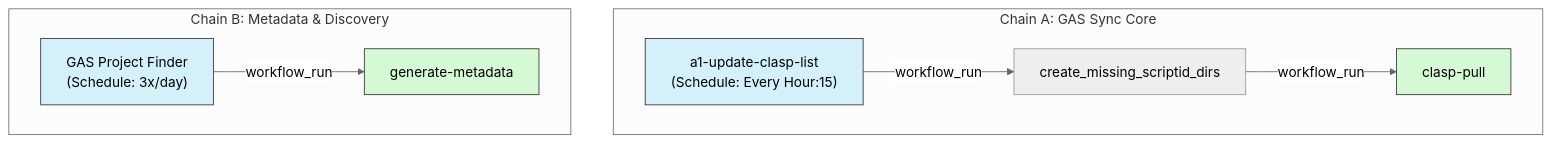
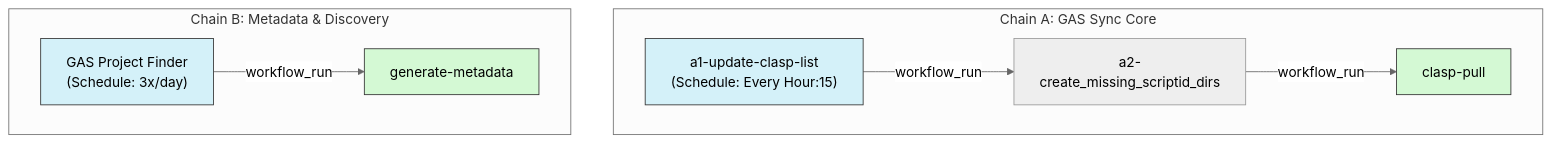
The diagram in .github/workflows/AGENTS.md (TakashiSasaki/gas.moukaeritai.work), drawn with Mermaid (neutral theme) before and after one commit. The commit also changed other lines of this file and 2 other files, not shown here.

First line of the commit message:
refactor: rename create_missing_scriptid_dirs.yml to a2-create_missing_scriptid_dirs.yml

````diff
--- a/.github/workflows/AGENTS.md
+++ b/.github/workflows/AGENTS.md
@@ -58,16 +58,16 @@
 ```mermaid
 graph TD
     subgraph "Chain A: GAS Sync Core"
-        A1["a1-update-clasp-list<br/>(Schedule: Every Hour:15)"] -->|workflow_run| A2["create_missing_scriptid_dirs"]
+        A1["a1-update-clasp-list<br/>(Schedule: Every Hour:15)"] -->|workflow_run| A2["a2-create_missing_scriptid_dirs"]
         A2 -->|workflow_run| A3["clasp-pull"]
     end
 
     subgraph "Chain B: Metadata & Discovery"
         B1["GAS Project Finder<br/>(Schedule: 3x/day)"] -->|workflow_run| B2["generate-metadata"]
     end
 
     style A1 fill:#d4f1f9,stroke:#333
     style B1 fill:#d4f1f9,stroke:#333
     style A3 fill:#d4f9d4,stroke:#333
     style B2 fill:#d4f9d4,stroke:#333
 ```
````
